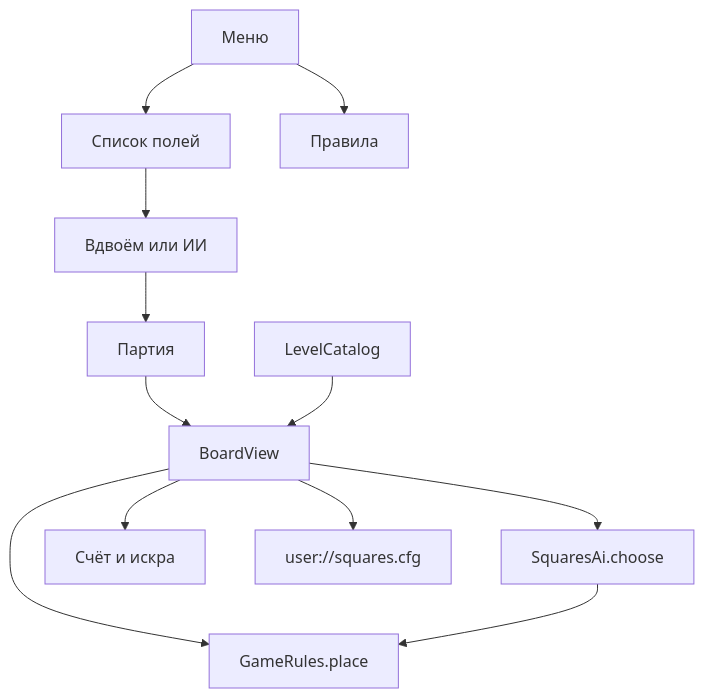
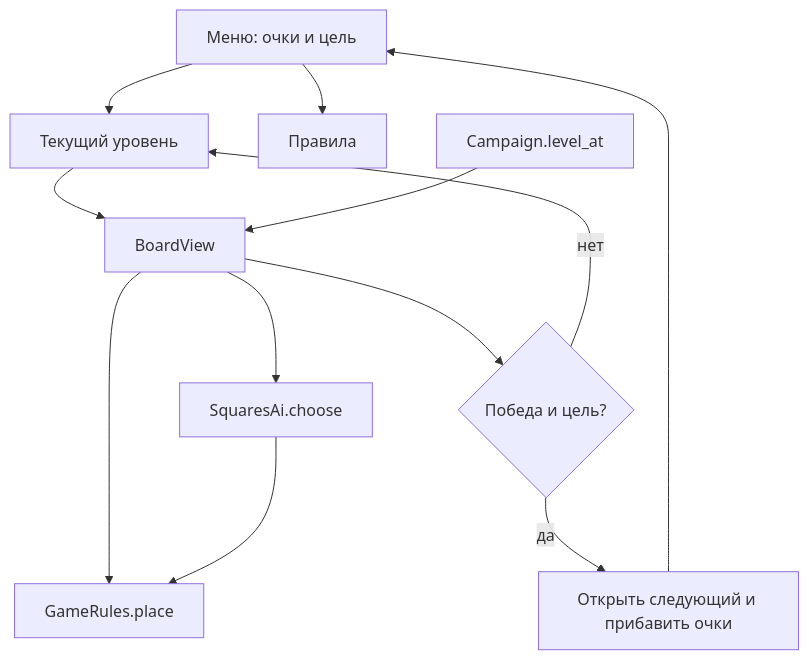
One commit to shedulervic/bases changed the first of 2 diagrams in README.md. Above: the diagram before and after it, drawn with Mermaid. The commit also changed other lines of this file and 4 other files, not shown here.

Commit message:
Replace level picking with an endless campaign that unlocks the next board after a winning score.

````diff
--- a/README.md
+++ b/README.md
@@ -66,14 +68,14 @@
 ```mermaid
 flowchart TD
-    menu[Меню] --> levels[Список полей]
+    menu[Меню: очки и цель] --> game[Текущий уровень]
     menu --> rulesScreen[Правила]
-    levels --> mode[Вдвоём или ИИ]
-    mode --> game[Партия]
     game --> board[BoardView]
+    campaign[Campaign.level_at] --> board
     board --> rules[GameRules.place]
     board --> ai[SquaresAi.choose]
     ai --> rules
-    levelsData[LevelCatalog] --> board
-    board --> hud[Счёт и искра]
-    board --> save[user://squares.cfg]
+    board --> result{Победа и цель?}
+    result -->|да| save[Открыть следующий и прибавить очки]
+    result -->|нет| game
+    save --> menu
 ```
````
